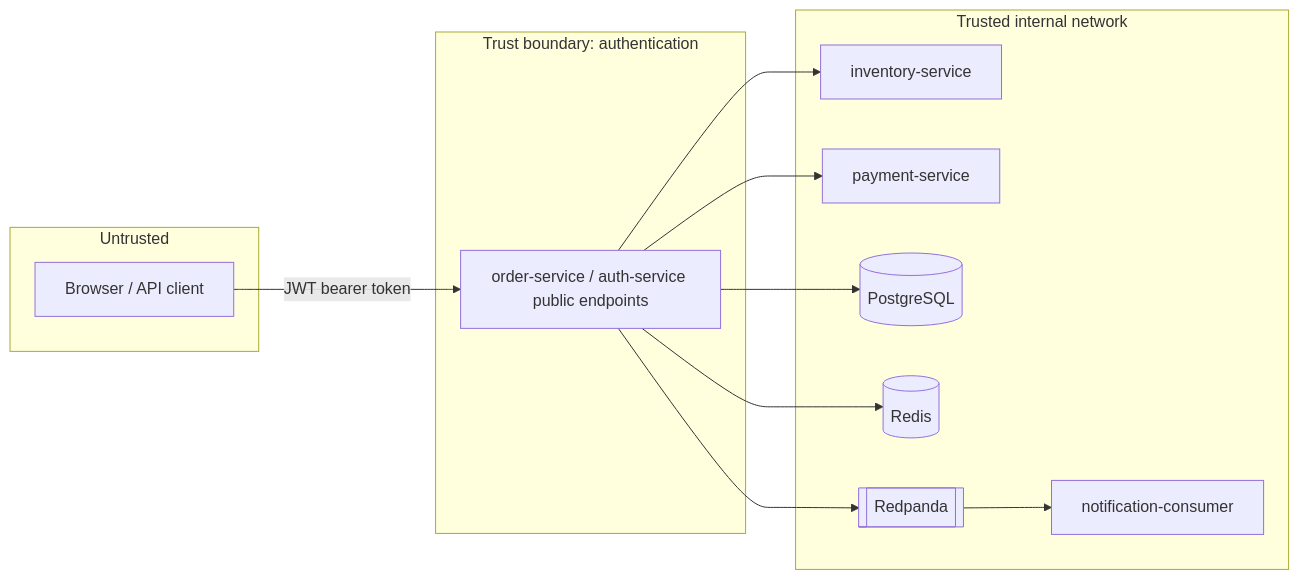
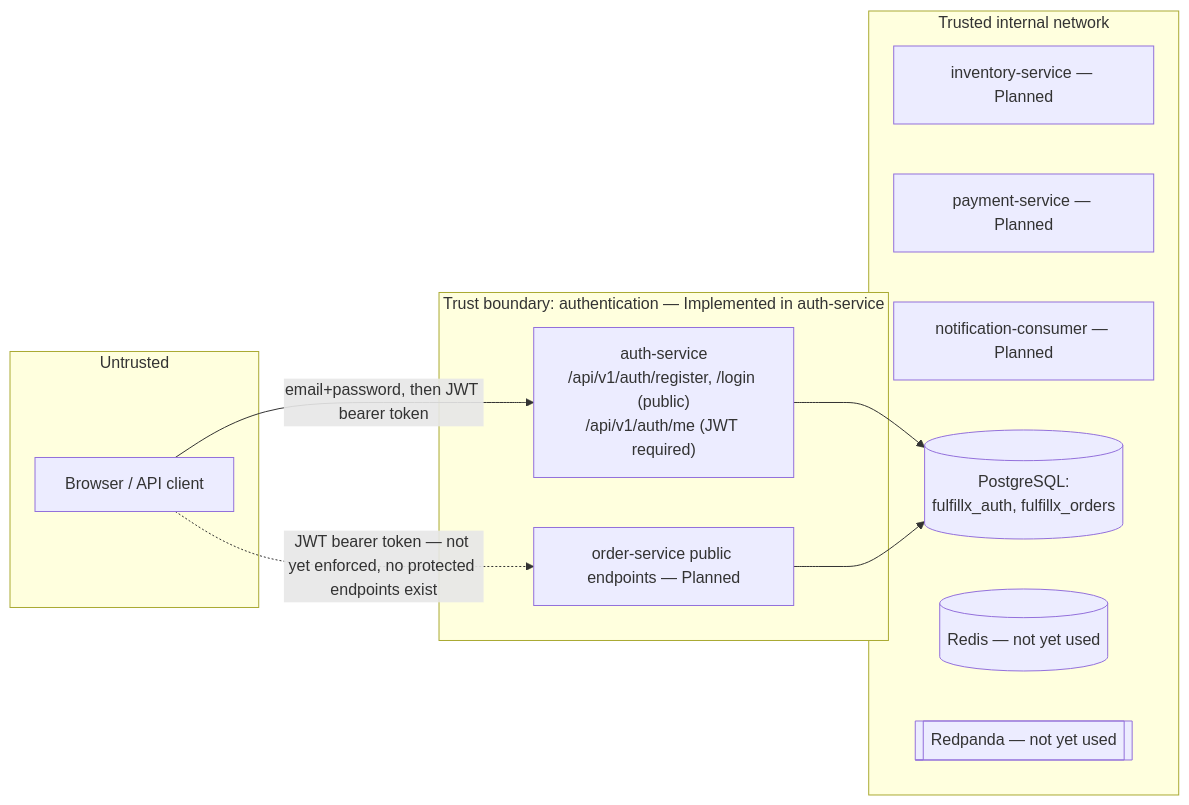
The diagram in docs/architecture/trust-boundaries.md (ckvishwa/fulfillx-enterprise-quality-platform), drawn with Mermaid before and after one commit. The commit also changed other lines of this file and 8 other files, not shown here.

````diff
--- a/docs/architecture/trust-boundaries.md
+++ b/docs/architecture/trust-boundaries.md
@@ -9,25 +9,23 @@
 ```mermaid
 flowchart LR
     subgraph untrusted[Untrusted]
         browser[Browser / API client]
     end
-    subgraph edge[Trust boundary: authentication]
-        gateway[order-service / auth-service public endpoints]
+    subgraph edge[Trust boundary: authentication — Implemented in auth-service]
+        authsvc["auth-service<br/>/api/v1/auth/register, /login (public)<br/>/api/v1/auth/me (JWT required)"]
+        gateway["order-service public endpoints — Planned"]
     end
     subgraph internal[Trusted internal network]
-        inventory[inventory-service]
-        payment[payment-service]
-        notif[notification-consumer]
-        pg[(PostgreSQL)]
-        redis[(Redis)]
-        redpanda[[Redpanda]]
+        inventory["inventory-service — Planned"]
+        payment["payment-service — Planned"]
+        notif["notification-consumer — Planned"]
+        pg[(PostgreSQL:<br/>fulfillx_auth, fulfillx_orders)]
+        redis[(Redis — not yet used)]
+        redpanda[[Redpanda — not yet used]]
     end
 
-    browser -- "JWT bearer token" --> gateway
-    gateway --> inventory
-    gateway --> payment
+    browser -- "email+password, then JWT bearer token" --> authsvc
+    browser -. "JWT bearer token — not yet enforced, no protected endpoints exist" .-> gateway
+    authsvc --> pg
     gateway --> pg
-    gateway --> redis
-    gateway --> redpanda
-    redpanda --> notif
 ```
````
